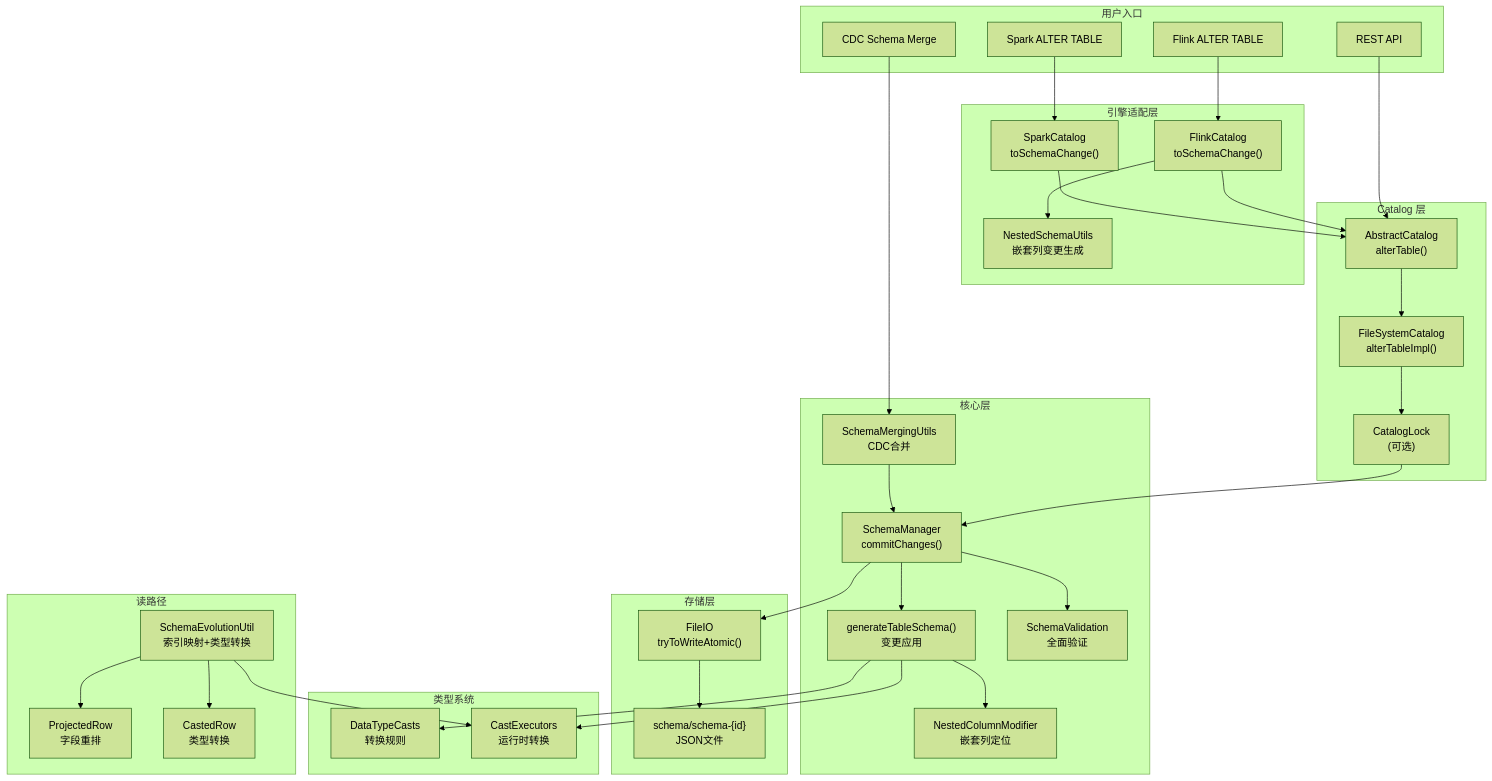
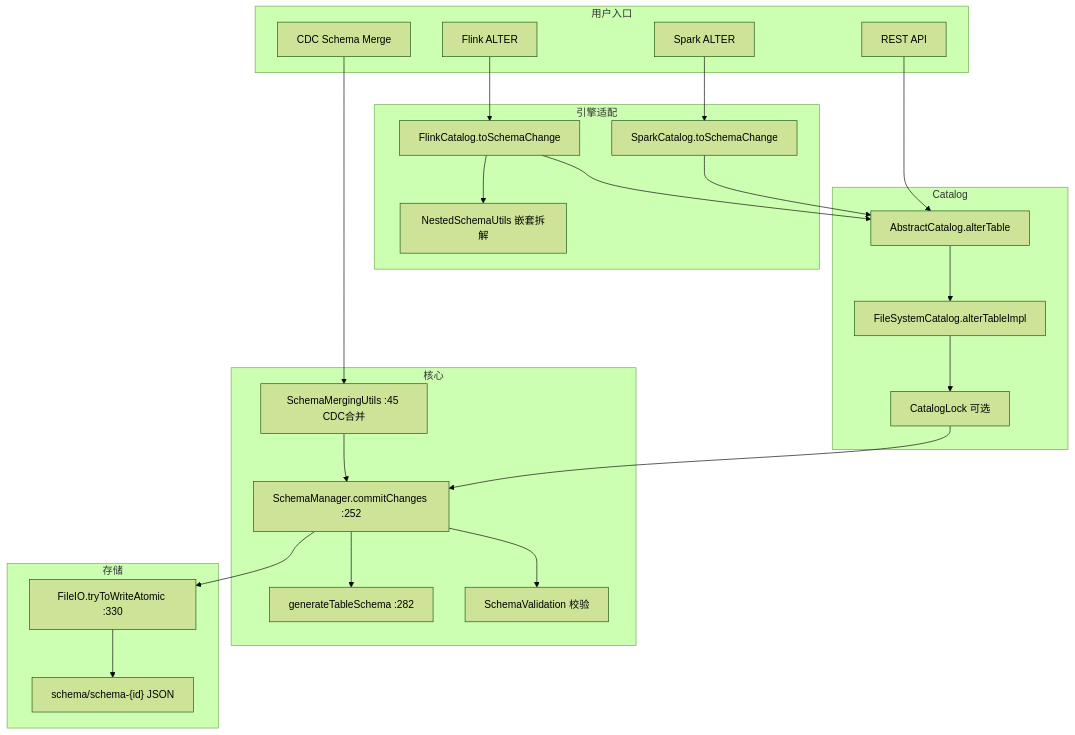
The first of 2 diagrams in source-analysis/22-Schema演进机制深度分析.md (gnikgnaw/paimon), drawn with Mermaid (forest theme) before and after one commit. The commit also changed other lines of this file and 208 other files, not shown here.

````diff
--- a/source-analysis/22-Schema演进机制深度分析.md
+++ b/source-analysis/22-Schema演进机制深度分析.md
@@ -2581,71 +799,37 @@
 ```mermaid
 graph TB
-    subgraph "用户入口"
-        FLINK["Flink ALTER TABLE"]
-        SPARK["Spark ALTER TABLE"]
-        CDC["CDC Schema Merge"]
-        REST["REST API"]
+    subgraph 用户入口
+        FLINK[Flink ALTER]
+        SPARK[Spark ALTER]
+        CDC[CDC Schema Merge]
+        REST[REST API]
     end
-    
-    subgraph "引擎适配层"
-        FC["FlinkCatalog<br>toSchemaChange()"]
-        SC["SparkCatalog<br>toSchemaChange()"]
-        NSU["NestedSchemaUtils<br>嵌套列变更生成"]
+    subgraph 引擎适配
+        FC[FlinkCatalog.toSchemaChange]
+        SC[SparkCatalog.toSchemaChange]
+        NSU[NestedSchemaUtils 嵌套拆解]
     end
-    
-    subgraph "Catalog 层"
-        AC["AbstractCatalog<br>alterTable()"]
-        FSC["FileSystemCatalog<br>alterTableImpl()"]
-        LOCK["CatalogLock<br>(可选)"]
+    subgraph Catalog
+        AC[AbstractCatalog.alterTable]
+        FSC[FileSystemCatalog.alterTableImpl]
+        LOCK["CatalogLock 可选"]
     end
-    
-    subgraph "核心层"
-        SM["SchemaManager<br>commitChanges()"]
-        GTS["generateTableSchema()<br>变更应用"]
-        NCM["NestedColumnModifier<br>嵌套列定位"]
-        SV["SchemaValidation<br>全面验证"]
-        SMU["SchemaMergingUtils<br>CDC合并"]
+    subgraph 核心
+        SM["SchemaManager.commitChanges :252"]
+        GTS["generateTableSchema :282"]
+        SV[SchemaValidation 校验]
+        SMU["SchemaMergingUtils :45 CDC合并"]
     end
-    
-    subgraph "类型系统"
-        DTC["DataTypeCasts<br>转换规则"]
-        CE["CastExecutors<br>运行时转换"]
+    subgraph 存储
+        FIO["FileIO.tryToWriteAtomic :330"]
+        SF["schema/schema-{id} JSON"]
     end
-    
-    subgraph "存储层"
-        FIO["FileIO<br>tryToWriteAtomic()"]
-        SF["schema/schema-{id}<br>JSON文件"]
-    end
-    
-    subgraph "读路径"
-        SEU["SchemaEvolutionUtil<br>索引映射+类型转换"]
-        PR["ProjectedRow<br>字段重排"]
-        CR["CastedRow<br>类型转换"]
-    end
-    
-    FLINK --> FC
-    SPARK --> SC
-    FC --> NSU
+    FLINK --> FC --> NSU
     FC --> AC
-    SC --> AC
-    CDC --> SMU
-    REST --> AC
-    
-    AC --> FSC
-    FSC --> LOCK
-    LOCK --> SM
-    
+    SPARK --> SC --> AC
+    CDC --> SMU --> SM
+    REST --> AC --> FSC --> LOCK --> SM
     SM --> GTS
-    GTS --> NCM
-    GTS --> DTC
-    GTS --> CE
     SM --> SV
-    SM --> FIO
-    SMU --> SM
-    
-    FIO --> SF
-    
-    SEU --> PR
-    SEU --> CR
-    SEU --> CE
+    SM --> FIO --> SF
 ```
````
